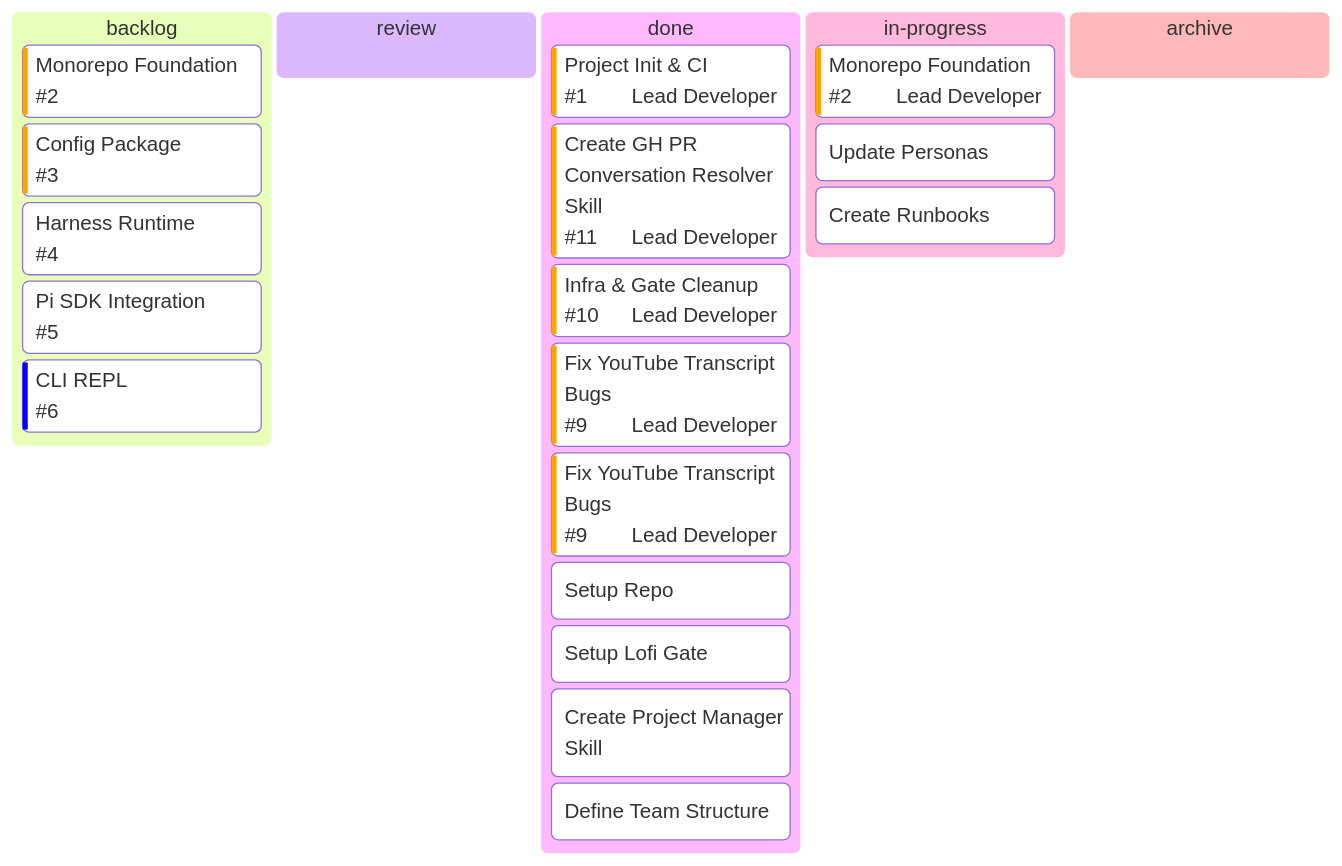
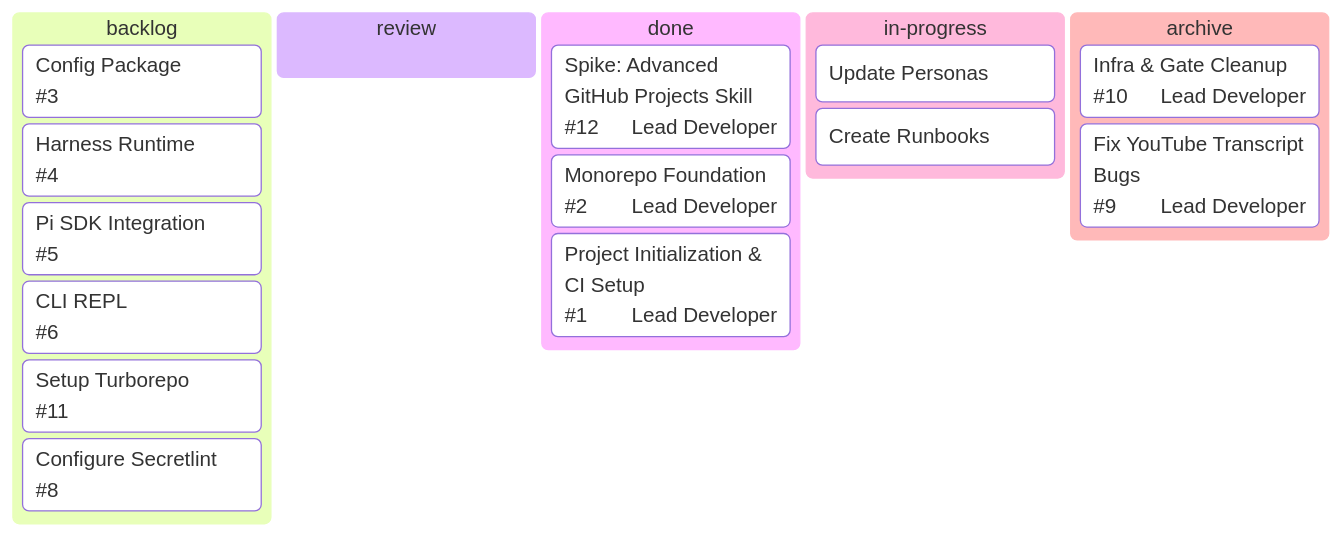
One commit to LoFi-Monk/lofipulse changed the diagram in .agent/kanban-lofipulse.md. Above: the diagram before and after it, drawn with Mermaid. The commit also changed 1 other file, not shown here.

Commit message:
chore: save local state before merge

````diff
--- a/.agent/kanban-lofipulse.md
+++ b/.agent/kanban-lofipulse.md
@@ -9,25 +9,21 @@
 ```mermaid
 kanban
   backlog
-    [Monorepo Foundation]@{ ticket: '#2', priority: 'High' }
-    [Config Package]@{ ticket: '#3', priority: 'High' }
-    [Harness Runtime]@{ ticket: '#4', priority: 'Med' }
-    [Pi SDK Integration]@{ ticket: '#5', priority: 'Med' }
-    [CLI REPL]@{ ticket: '#6', priority: 'Low' }
+    [Config Package]@{ ticket: '#3', priority: 'P1' }
+    [Harness Runtime]@{ ticket: '#4', priority: 'P2' }
+    [Pi SDK Integration]@{ ticket: '#5', priority: 'P2' }
+    [CLI REPL]@{ ticket: '#6', priority: 'P2' }
+    [Setup Turborepo]@{ ticket: '#11', priority: 'P1' }
+    [Configure Secretlint]@{ ticket: '#8', priority: 'P2' }
   review
   done
-    [Project Init & CI]@{ ticket: '#1', assigned: 'Lead Developer', priority: 'High' }
-    [Create GH PR Conversation Resolver Skill]@{ ticket: '#11', assigned: 'Lead Developer', priority: 'High' }
-    [Infra & Gate Cleanup]@{ ticket: '#10', assigned: 'Lead Developer', priority: 'High' }
-    [Fix YouTube Transcript Bugs]@{ ticket: '#9', assigned: 'Lead Developer', priority: 'High' }
-    [Fix YouTube Transcript Bugs]@{ ticket: '#9', assigned: 'Lead Developer', priority: 'High' }
-    [Setup Repo]
-    [Setup Lofi Gate]
-    [Create Project Manager Skill]
-    [Define Team Structure]
+    [Spike: Advanced GitHub Projects Skill]@{ ticket: '#12', assigned: 'Lead Developer', priority: 'P1' }
+    [Monorepo Foundation]@{ ticket: '#2', assigned: 'Lead Developer', priority: 'P1' }
+    [Project Initialization & CI Setup]@{ ticket: '#1', assigned: 'Lead Developer', priority: 'P1' }
   in-progress
-    [Monorepo Foundation]@{ ticket: '#2', priority: 'High', assigned: 'Lead Developer' }
     [Update Personas]
     [Create Runbooks]
   archive
+    [Infra & Gate Cleanup]@{ ticket: '#10', assigned: 'Lead Developer', priority: 'P2' }
+    [Fix YouTube Transcript Bugs]@{ ticket: '#9', assigned: 'Lead Developer', priority: 'P1' }
 ```
````
